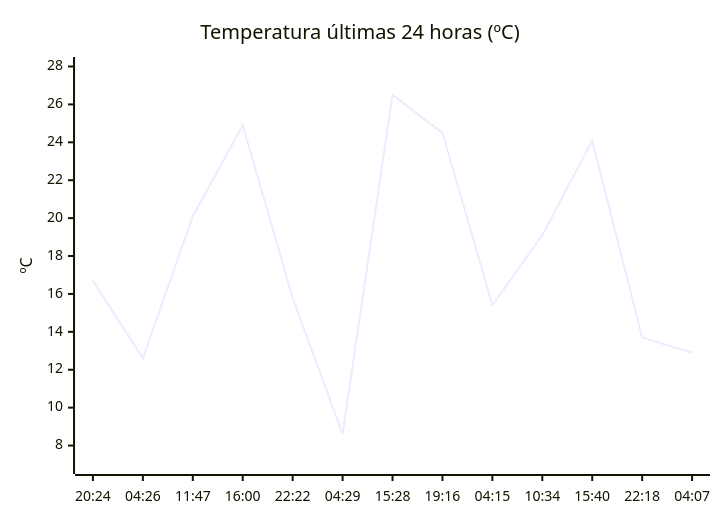
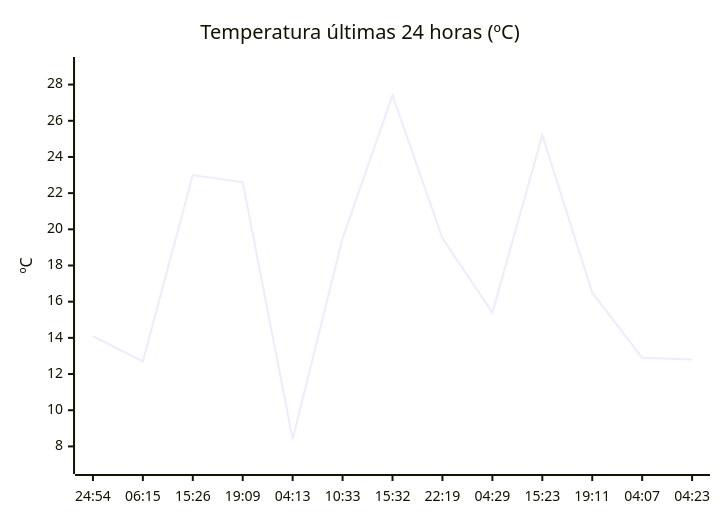
The diagram in README.md (solidsnk86/rem-scrap), drawn with Mermaid before and after one commit. The commit also changed other lines of this file, not shown here.

````diff
--- a/README.md
+++ b/README.md
@@ -36,7 +28,7 @@
 ```mermaid
 xychart-beta
     title "Temperatura últimas 24 horas (ºC)"
-    x-axis ["20:24", "04:26", "11:47", "16:00", "22:22", "04:29", "15:28", "19:16", "04:15", "10:34", "15:40", "22:18", "04:07"]
-    y-axis "ºC" 7 --> 28
-    line [16.7, 12.6, 20.1, 24.9, 15.8, 8.6, 26.5, 24.5, 15.4, 19.1, 24.1, 13.7, 12.9]
+    x-axis ["24:54", "06:15", "15:26", "19:09", "04:13", "10:33", "15:32", "22:19", "04:29", "15:23", "19:11", "04:07", "04:23"]
+    y-axis "ºC" 7 --> 29
+    line [14.1, 12.7, 23, 22.6, 8.4, 19.5, 27.4, 19.5, 15.4, 25.2, 16.5, 12.9, 12.8]
 ```
````
